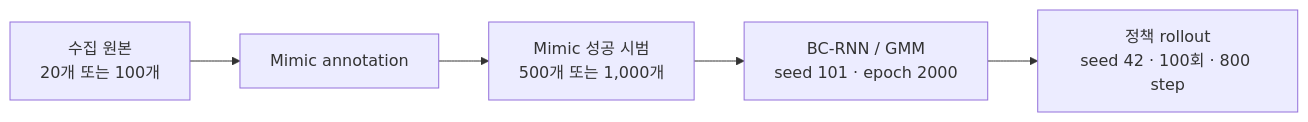
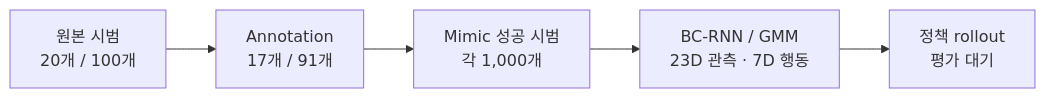
Before and after one commit to Kim-KiSuk/Robotics-Simulation-Assignment2: the diagram in README.md, drawn with Mermaid. The commit also changed other lines of this file and 28 other files, not shown here.

````diff
--- a/README.md
+++ b/README.md
@@ -38,7 +20,7 @@
 ```mermaid
 flowchart LR
-    A["수집 원본<br/>20개 또는 100개"] --> B["Mimic annotation"]
-    B --> C["Mimic 성공 시범<br/>500개 또는 1,000개"]
-    C --> D["BC-RNN / GMM<br/>seed 101 · epoch 2000"]
-    D --> E["정책 rollout<br/>seed 42 · 100회 · 800 step"]
+    A["원본 시범<br/>20개 / 100개"] --> B["Annotation<br/>17개 / 91개"]
+    B --> C["Mimic 성공 시범<br/>각 1,000개"]
+    C --> D["BC-RNN / GMM<br/>23D 관측 · 7D 행동"]
+    D --> E["정책 rollout<br/>평가 대기"]
 ```
````
